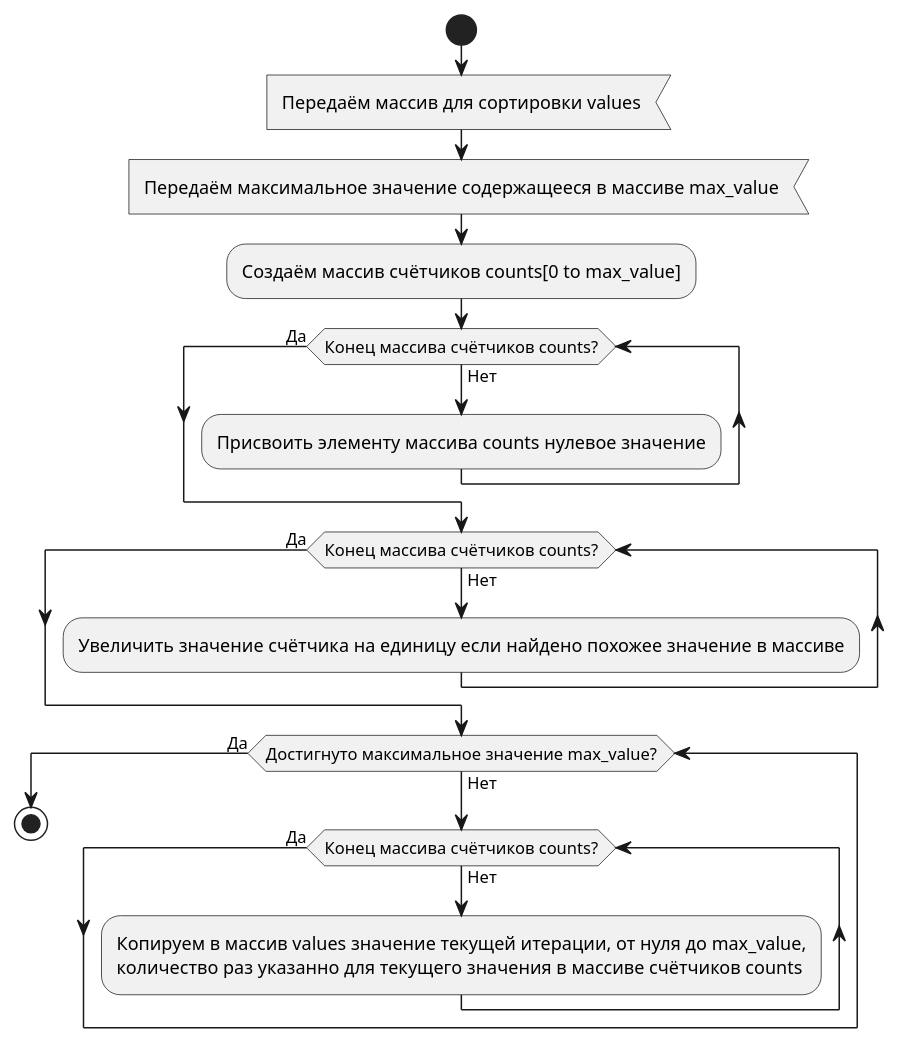
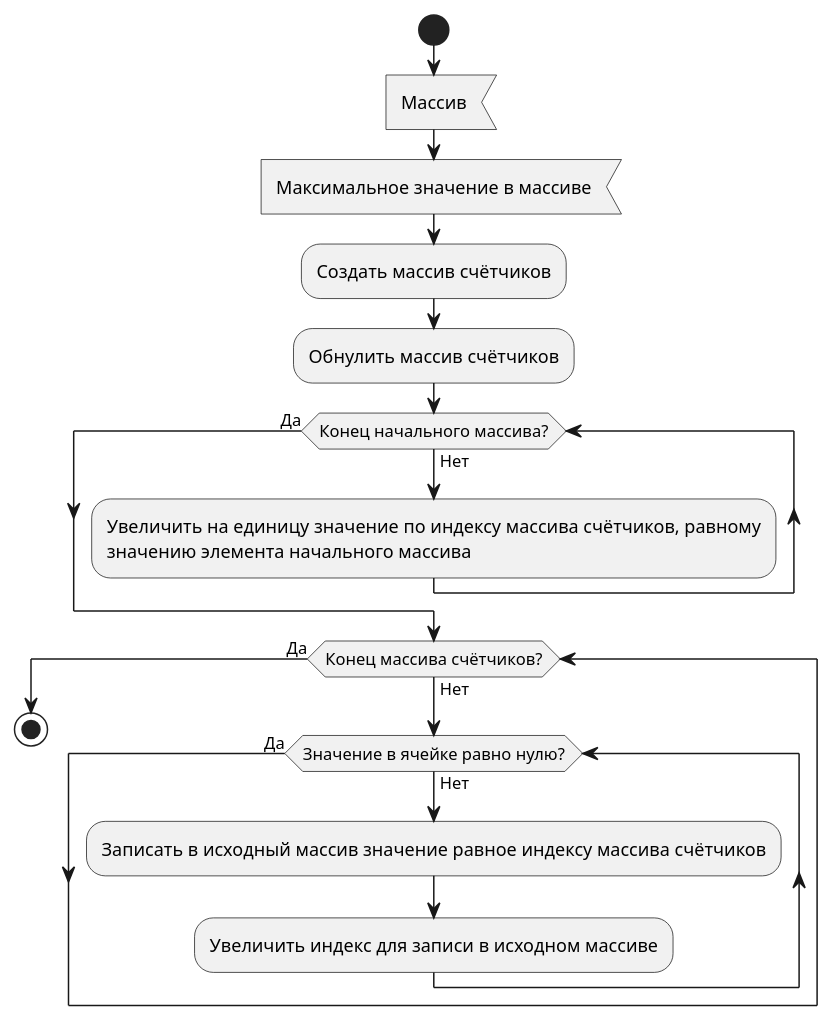
One commit to YA-NDT/IC-ADSC-TD changed the diagram in Scenarios/5.3. Counting Sort.puml. Above: the diagram before and after it, drawn with PlantUML. The commit also changed 4 other files, not shown here.

```diff
--- a/Scenarios/5.3. Counting Sort.puml
+++ b/Scenarios/5.3. Counting Sort.puml
@@ -1,23 +1,19 @@
 @startuml
 start
-    :Передаём массив для сортировки values<
-    :Передаём максимальное значение содержащееся в массиве max_value<
+    :Массив<
+    :Максимальное значение в массиве<
+    :Создать массив счётчиков;
+    :Обнулить массив счётчиков;
 
-    :Создаём массив счётчиков counts[0 to max_value];
-    
-    while (Конец массива счётчиков counts?) is (Нет)
-        :Присвоить элементу массива counts нулевое значение;
-    endwhile (Да)
-
-    while (Конец массива счётчиков counts?) is (Нет)
-        :Увеличить значение счётчика на единицу если найдено похожее значение в массиве;
+    while (Конец начального массива?) is (Нет)
+            :Увеличить на единицу значение по индексу массива счётчиков, равному\nзначению элемента начального массива;
     endwhile (Да)
     
-    while (Достигнуто максимальное значение max_value?) is (Нет)
-        while (Конец массива счётчиков counts?) is (Нет)
-            :Копируем в массив values значение текущей итерации, от нуля до max_value,
-            количество раз указанно для текущего значения в массиве счётчиков counts;
+    while (Конец массива счётчиков?) is (Нет)
+        while (Значение в ячейке равно нулю?) is (Нет)
+			:Записать в исходный массив значение равное индексу массива счётчиков;
+			:Увеличить индекс для записи в исходном массиве;
         endwhile (Да)
     endwhile (Да)
 stop
 @enduml
```
